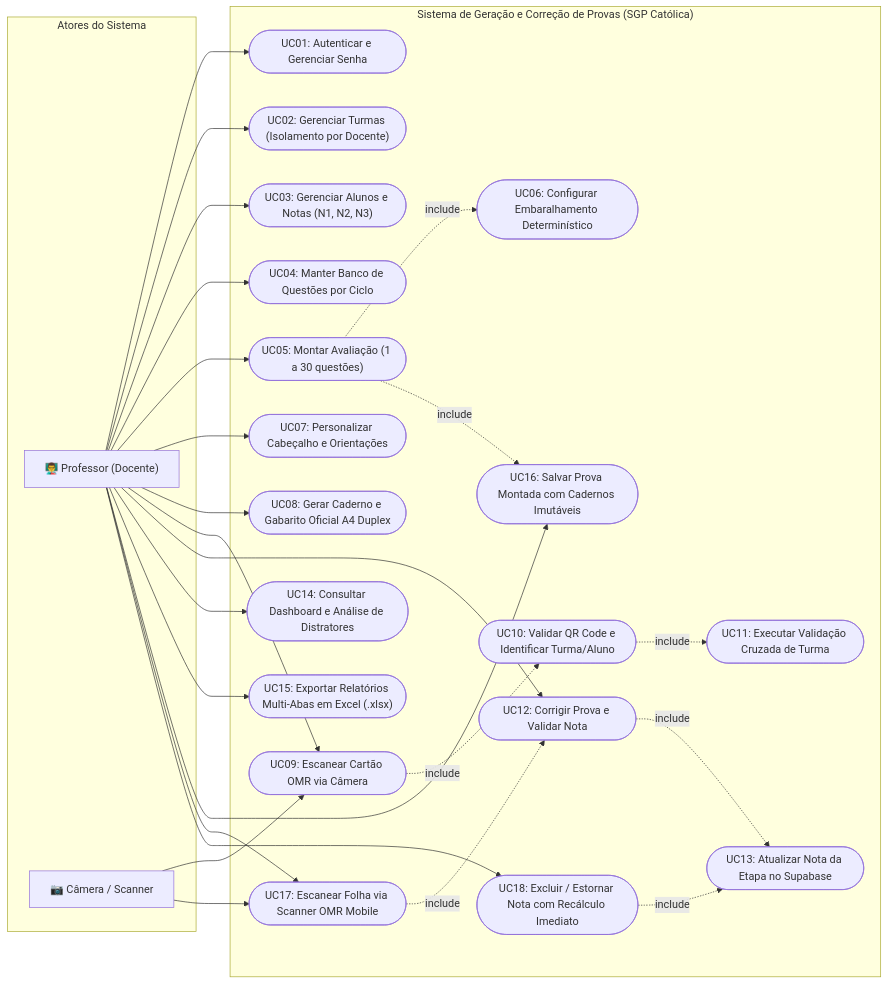
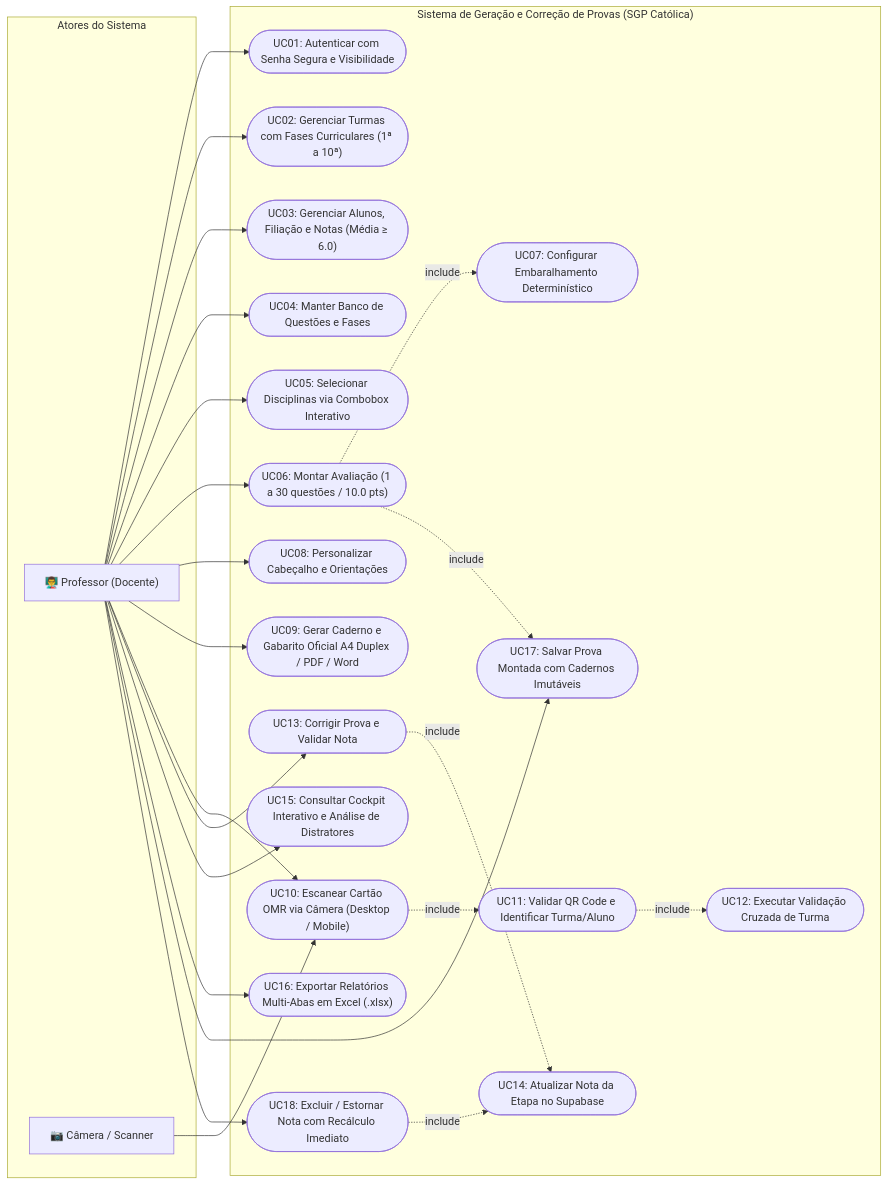
Before and after one commit to Agenorsc/SGP-CATOLICA-NEXT: the first of 6 diagrams in README.md, drawn with Mermaid. The commit also changed other lines of this file, not shown here.

Commit message:
docs(readme): atualizar documentacao tecnica institucional nota 10 com 303 testes e novas funcionalidades

````diff
--- a/README.md
+++ b/README.md
@@ -162,54 +192,52 @@
 ```mermaid
 flowchart LR
     subgraph Atores["Atores do Sistema"]
         Prof["👨‍🏫 Professor (Docente)"]
         Cam["📷 Câmera / Scanner"]
     end
 
     subgraph SGP["Sistema de Geração e Correção de Provas (SGP Católica)"]
-        UC01(["UC01: Autenticar e Gerenciar Senha"])
-        UC02(["UC02: Gerenciar Turmas (Isolamento por Docente)"])
-        UC03(["UC03: Gerenciar Alunos e Notas (N1, N2, N3)"])
-        UC04(["UC04: Manter Banco de Questões por Ciclo"])
-        UC05(["UC05: Montar Avaliação (1 a 30 questões)"])
-        UC06(["UC06: Configurar Embaralhamento Determinístico"])
-        UC07(["UC07: Personalizar Cabeçalho e Orientações"])
-        UC08(["UC08: Gerar Caderno e Gabarito Oficial A4 Duplex"])
-        UC09(["UC09: Escanear Cartão OMR via Câmera"])
-        UC10(["UC10: Validar QR Code e Identificar Turma/Aluno"])
-        UC11(["UC11: Executar Validação Cruzada de Turma"])
-        UC12(["UC12: Corrigir Prova e Validar Nota"])
-        UC13(["UC13: Atualizar Nota da Etapa no Supabase"])
-        UC14(["UC14: Consultar Dashboard e Análise de Distratores"])
-        UC15(["UC15: Exportar Relatórios Multi-Abas em Excel (.xlsx)"])
-        UC16(["UC16: Salvar Prova Montada com Cadernos Imutáveis"])
-        UC17(["UC17: Escanear Folha via Scanner OMR Mobile"])
+        UC01(["UC01: Autenticar com Senha Segura e Visibilidade"])
+        UC02(["UC02: Gerenciar Turmas com Fases Curriculares (1ª a 10ª)"])
+        UC03(["UC03: Gerenciar Alunos, Filiação e Notas (Média ≥ 6.0)"])
+        UC04(["UC04: Manter Banco de Questões e Fases"])
+        UC05(["UC05: Selecionar Disciplinas via Combobox Interativo"])
+        UC06(["UC06: Montar Avaliação (1 a 30 questões / 10.0 pts)"])
+        UC07(["UC07: Configurar Embaralhamento Determinístico"])
+        UC08(["UC08: Personalizar Cabeçalho e Orientações"])
+        UC09(["UC09: Gerar Caderno e Gabarito Oficial A4 Duplex / PDF / Word"])
+        UC10(["UC10: Escanear Cartão OMR via Câmera (Desktop / Mobile)"])
+        UC11(["UC11: Validar QR Code e Identificar Turma/Aluno"])
+        UC12(["UC12: Executar Validação Cruzada de Turma"])
+        UC13(["UC13: Corrigir Prova e Validar Nota"])
+        UC14(["UC14: Atualizar Nota da Etapa no Supabase"])
+        UC15(["UC15: Consultar Cockpit Interativo e Análise de Distratores"])
+        UC16(["UC16: Exportar Relatórios Multi-Abas em Excel (.xlsx)"])
+        UC17(["UC17: Salvar Prova Montada com Cadernos Imutáveis"])
         UC18(["UC18: Excluir / Estornar Nota com Recálculo Imediato"])
     end
 
     Prof --> UC01
     Prof --> UC02
     Prof --> UC03
     Prof --> UC04
     Prof --> UC05
-    Prof --> UC07
+    Prof --> UC06
     Prof --> UC08
     Prof --> UC09
-    Prof --> UC12
-    Prof --> UC14
+    Prof --> UC10
+    Prof --> UC13
     Prof --> UC15
     Prof --> UC16
     Prof --> UC17
     Prof --> UC18
 
-    Cam --> UC09
-    Cam --> UC17
+    Cam --> UC10
 
-    UC05 -.->|include| UC06
-    UC05 -.->|include| UC16
-    UC09 -.->|include| UC10
+    UC06 -.->|include| UC07
+    UC06 -.->|include| UC17
     UC10 -.->|include| UC11
-    UC12 -.->|include| UC13
-    UC17 -.->|include| UC12
-    UC18 -.->|include| UC13
+    UC11 -.->|include| UC12
+    UC13 -.->|include| UC14
+    UC18 -.->|include| UC14
 ```
````
